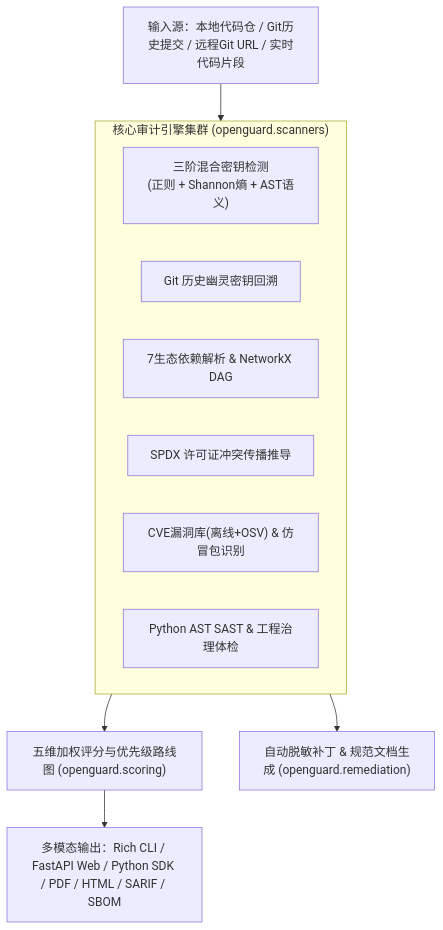
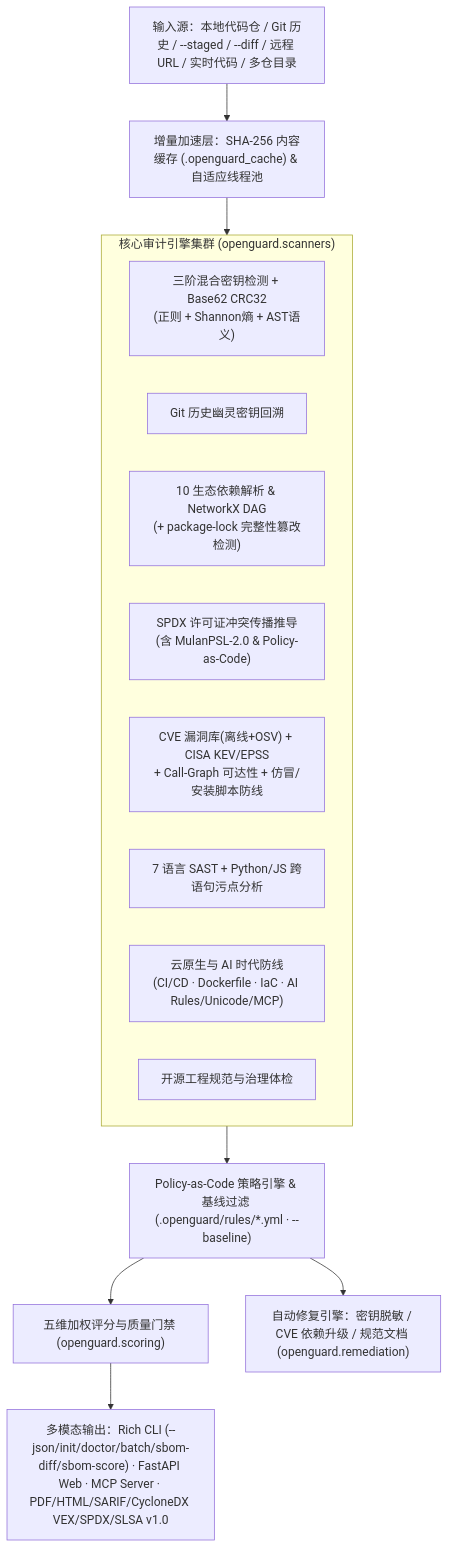
The diagram in docs/ARCHITECTURE.md (YunHai121/OpenGuard), drawn with Mermaid before and after one commit. The commit also changed other lines of this file and 5 other files, not shown here.

Commit message:
feat(dx,cli): add openguard init & doctor diagnostics, clean --json/--audit-mode CLI contract & refresh ARCHITECTURE.md

````diff
--- a/docs/ARCHITECTURE.md
+++ b/docs/ARCHITECTURE.md
@@ -7,15 +7,19 @@
 ```mermaid
 flowchart TD
-    Input["输入源：本地代码仓 / Git历史提交 / 远程Git URL / 实时代码片段"] --> Engines
+    Input["输入源：本地代码仓 / Git 历史 / --staged / --diff / 远程 URL / 实时代码 / 多仓目录"] --> Cache["增量加速层：SHA-256 内容缓存 (.openguard_cache) & 自适应线程池"]
+    Cache --> Engines
     subgraph Engines["核心审计引擎集群 (openguard.scanners)"]
-        S1["三阶混合密钥检测\n(正则 + Shannon熵 + AST语义)"]
+        S1["三阶混合密钥检测 + Base62 CRC32\n(正则 + Shannon熵 + AST语义)"]
         S2["Git 历史幽灵密钥回溯"]
-        S3["7生态依赖解析 & NetworkX DAG"]
-        S4["SPDX 许可证冲突传播推导"]
-        S5["CVE漏洞库(离线+OSV) & 仿冒包识别"]
-        S6["Python AST SAST & 工程治理体检"]
+        S3["10 生态依赖解析 & NetworkX DAG\n(+ package-lock 完整性篡改检测)"]
+        S4["SPDX 许可证冲突传播推导\n(含 MulanPSL-2.0 & Policy-as-Code)"]
+        S5["CVE 漏洞库(离线+OSV) + CISA KEV/EPSS\n+ Call-Graph 可达性 + 仿冒/安装脚本防线"]
+        S6["7 语言 SAST + Python/JS 跨语句污点分析"]
+        S7["云原生与 AI 时代防线\n(CI/CD · Dockerfile · IaC · AI Rules/Unicode/MCP)"]
+        S8["开源工程规范与治理体检"]
     end
-    Engines --> Scoring["五维加权评分与优先级路线图 (openguard.scoring)"]
-    Engines --> Remediate["自动脱敏补丁 & 规范文档生成 (openguard.remediation)"]
-    Scoring --> Deliver["多模态输出：Rich CLI / FastAPI Web / Python SDK / PDF / HTML / SARIF / SBOM"]
+    Engines --> Policy["Policy-as-Code 策略引擎 & 基线过滤 (.openguard/rules/*.yml · --baseline)"]
+    Policy --> Scoring["五维加权评分与质量门禁 (openguard.scoring)"]
+    Policy --> Remediate["自动修复引擎：密钥脱敏 / CVE 依赖升级 / 规范文档 (openguard.remediation)"]
+    Scoring --> Deliver["多模态输出：Rich CLI (--json/init/doctor/batch/sbom-diff/sbom-score) · FastAPI Web · MCP Server · PDF/HTML/SARIF/CycloneDX VEX/SPDX/SLSA v1.0"]
 ```
````
